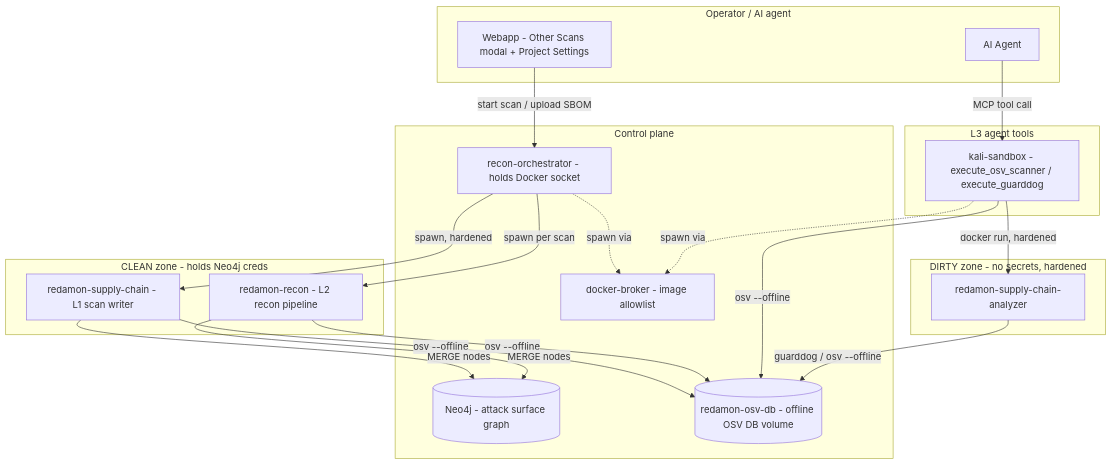
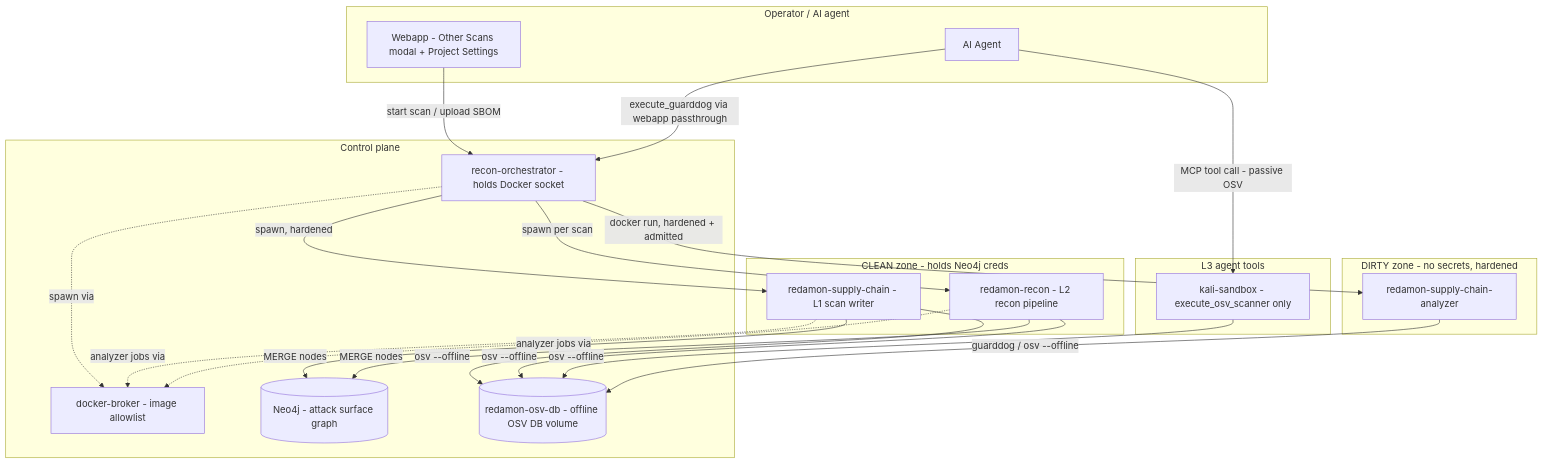
The first of 7 diagrams in readmes/README.SUPPLY_CHAIN.md (L4stPL4Y3R/redamon), drawn with Mermaid before and after one commit. The commit also changed other lines of this file and 23 other files, not shown here.

````diff
--- a/readmes/README.SUPPLY_CHAIN.md
+++ b/readmes/README.SUPPLY_CHAIN.md
@@ -64,44 +65,46 @@
 ```mermaid
 flowchart TB
     subgraph OP[Operator / AI agent]
       UI[Webapp - Other Scans modal + Project Settings]
       AG[AI Agent]
     end
 
     subgraph CP[Control plane]
       ORCH[recon-orchestrator - holds Docker socket]
       BROKER[docker-broker - image allowlist]
       NEO[(Neo4j - attack surface graph)]
       OSVDB[(redamon-osv-db - offline OSV DB volume)]
     end
 
     subgraph CLEAN[CLEAN zone - holds Neo4j creds]
       L1C[redamon-supply-chain - L1 scan writer]
       RECON[redamon-recon - L2 recon pipeline]
     end
 
     subgraph DIRTY[DIRTY zone - no secrets, hardened]
       ANALYZER[redamon-supply-chain-analyzer]
     end
 
     subgraph L3Z[L3 agent tools]
-      KALI[kali-sandbox - execute_osv_scanner / execute_guarddog]
+      KALI[kali-sandbox - execute_osv_scanner only]
     end
 
     UI -->|start scan / upload SBOM| ORCH
-    AG -->|MCP tool call| KALI
+    AG -->|MCP tool call - passive OSV| KALI
+    AG -->|execute_guarddog via webapp passthrough| ORCH
     ORCH -->|spawn, hardened| L1C
     ORCH -->|spawn per scan| RECON
-    KALI -->|docker run, hardened| ANALYZER
+    ORCH -->|docker run, hardened + admitted| ANALYZER
 
     L1C -->|osv --offline| OSVDB
     RECON -->|osv --offline| OSVDB
     KALI -->|osv --offline| OSVDB
     ANALYZER -->|guarddog / osv --offline| OSVDB
 
     L1C -->|MERGE nodes| NEO
     RECON -->|MERGE nodes| NEO
 
     ORCH -.spawn via.-> BROKER
-    KALI -.spawn via.-> BROKER
+    L1C -.analyzer jobs via.-> BROKER
+    RECON -.analyzer jobs via.-> BROKER
 ```
````
